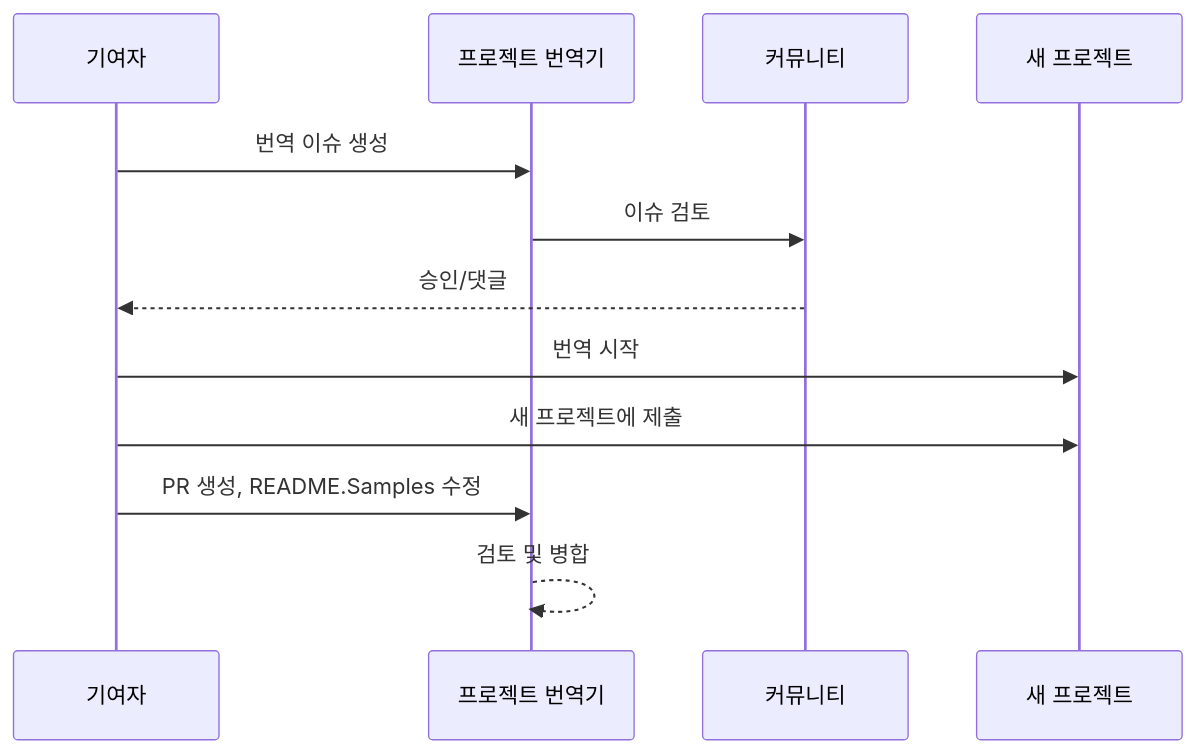
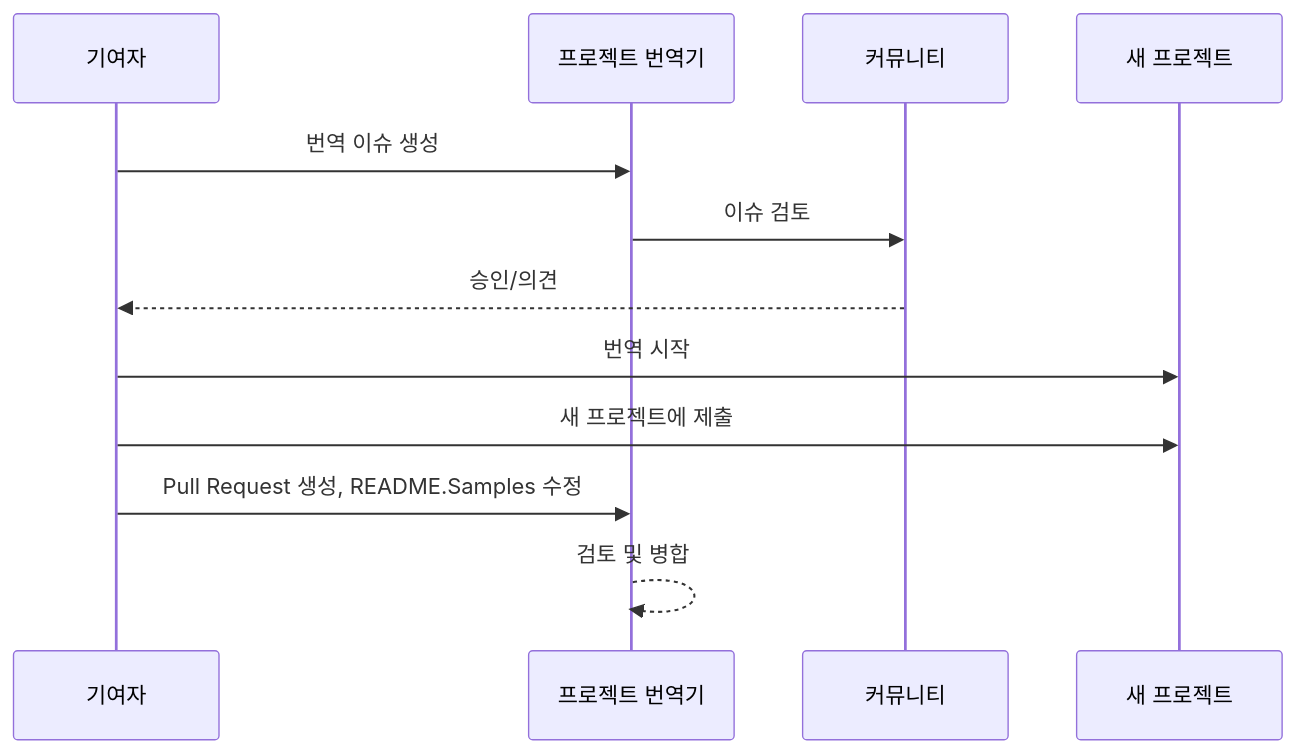
One commit to Project-Translation/project_translator changed the diagram in readmes/README.ko-kr.md. Above: the diagram before and after it, drawn with Mermaid. The commit also changed other lines of this file and 22 other files, not shown here.

````diff
--- a/readmes/README.ko-kr.md
+++ b/readmes/README.ko-kr.md
@@ -62,10 +62,10 @@
 ```mermaid
 sequenceDiagram
   기여자->>프로젝트 번역기: 번역 이슈 생성
   프로젝트 번역기->>커뮤니티: 이슈 검토
-  커뮤니티-->>기여자: 승인/댓글
+  커뮤니티-->>기여자: 승인/의견
   기여자->>새 프로젝트: 번역 시작
   기여자->>새 프로젝트: 새 프로젝트에 제출
-  기여자->>프로젝트 번역기: PR 생성, README.Samples 수정
+  기여자->>프로젝트 번역기: Pull Request 생성, README.Samples 수정
   프로젝트 번역기-->>프로젝트 번역기: 검토 및 병합
 ```
````
